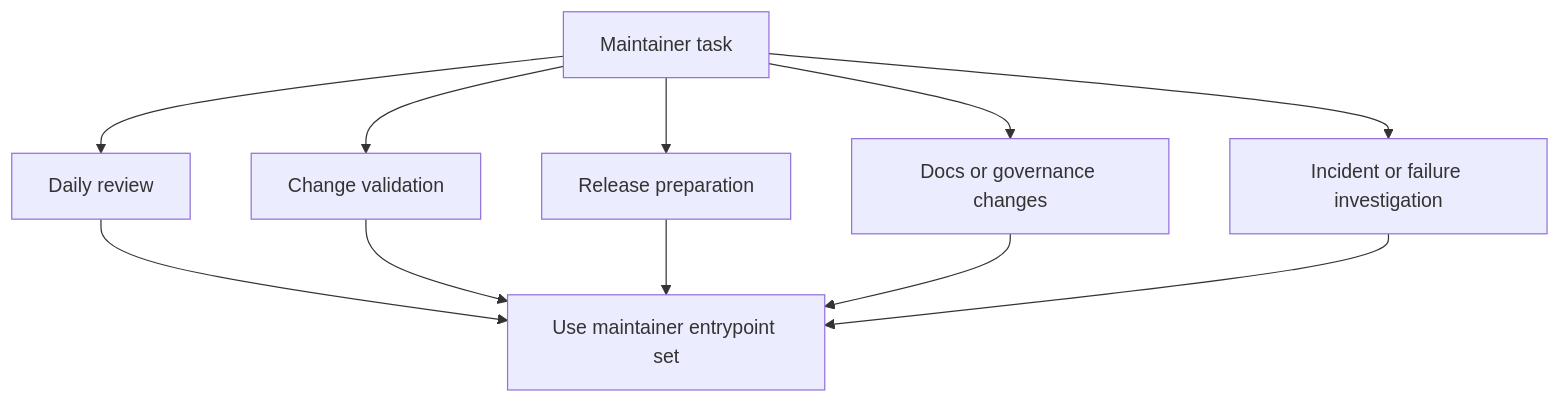
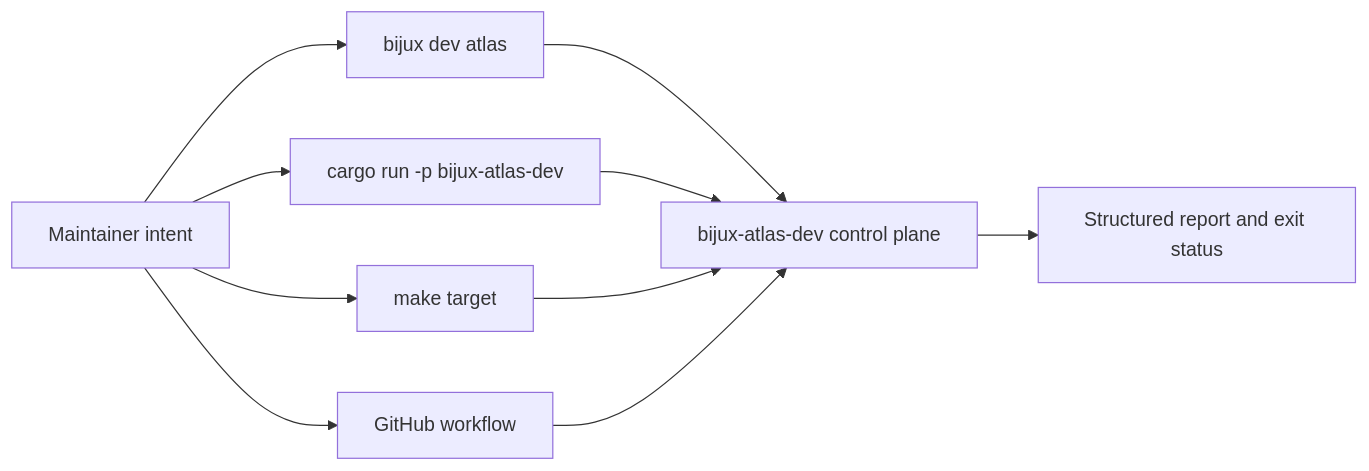
One commit to bijux/bijux-atlas changed the diagram in docs/bijux-atlas-dev/workspace/maintainer-entrypoints.md. Above: the diagram before and after it, drawn with Mermaid. The commit also changed other lines of this file and 2 other files, not shown here.

````diff
--- a/docs/bijux-atlas-dev/workspace/maintainer-entrypoints.md
+++ b/docs/bijux-atlas-dev/workspace/maintainer-entrypoints.md
@@ -18,14 +17,12 @@
 ```mermaid
-flowchart TD
-    Task[Maintainer task] --> Daily[Daily review]
-    Task --> Validation[Change validation]
-    Task --> Release[Release preparation]
-    Task --> Docs[Docs or governance changes]
-    Task --> Incident[Incident or failure investigation]
-
-    Daily --> Entry[Use maintainer entrypoint set]
-    Validation --> Entry
-    Release --> Entry
-    Docs --> Entry
-    Incident --> Entry
+flowchart LR
+    Intent[Maintainer intent] --> Installed[bijux dev atlas]
+    Intent --> Local[cargo run -p bijux-atlas-dev]
+    Intent --> Make[make target]
+    Intent --> GitHub[GitHub workflow]
+    Installed --> Control[bijux-atlas-dev control plane]
+    Local --> Control
+    Make --> Control
+    GitHub --> Control
+    Control --> Report[Structured report and exit status]
 ```
````
